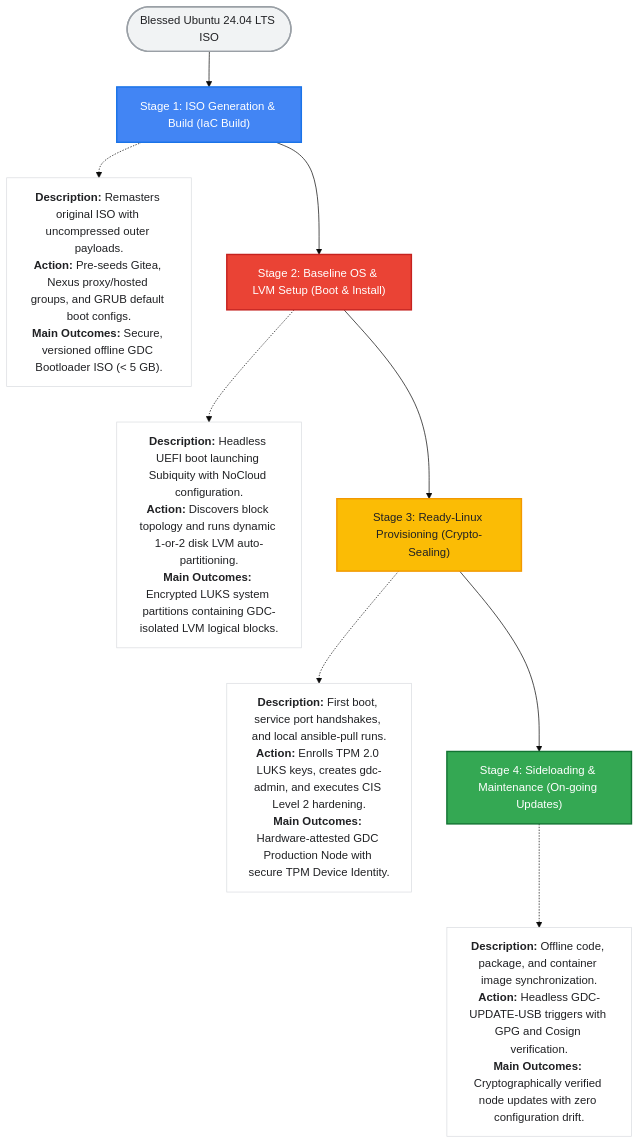
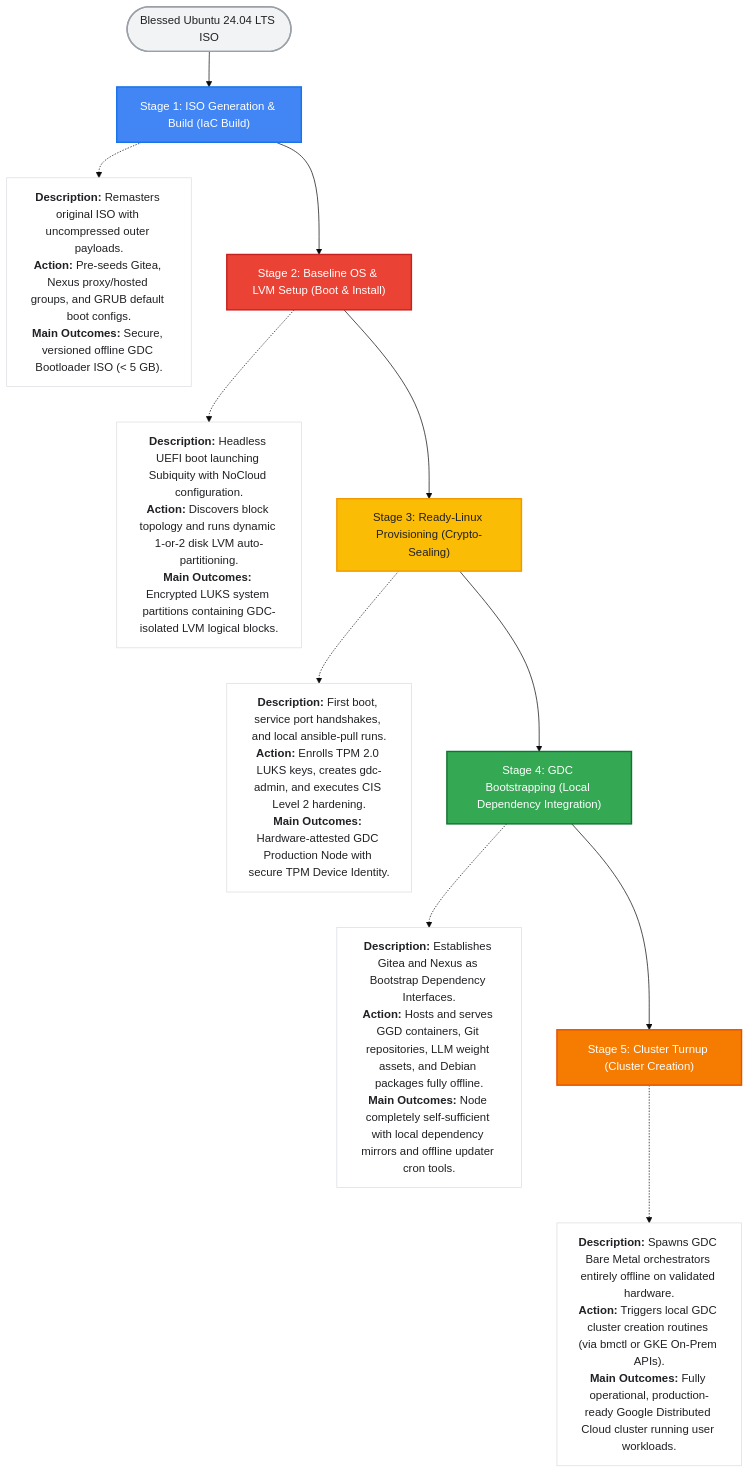
Before and after one commit to mike-ensor/gdc-disk-provisioner-gh: the diagram in README.md, drawn with Mermaid (base theme). The commit also changed 2 other files, not shown here.

Commit message:
update bootstrap specs with GDC bootstrapping dependency interfaces and cluster turnup stages

````diff
--- a/README.md
+++ b/README.md
@@ -11,45 +11,52 @@
 ```mermaid
 flowchart TD
     %% Define Google Brand Styles
     classDef start fill:#F1F3F4,stroke:#9AA0A6,stroke-width:2px,color:#202124;
     classDef blue fill:#4285F4,stroke:#1A73E8,stroke-width:2px,color:#FFFFFF;
     classDef red fill:#EA4335,stroke:#C5221F,stroke-width:2px,color:#FFFFFF;
     classDef yellow fill:#FBBC05,stroke:#F29900,stroke-width:2px,color:#202124;
     classDef green fill:#34A853,stroke:#137333,stroke-width:2px,color:#FFFFFF;
+    classDef orange fill:#F57C00,stroke:#E65100,stroke-width:2px,color:#FFFFFF;
     classDef note fill:#FFFFFF,stroke:#DADCE0,stroke-width:1px,color:#202124;
 
     %% Nodes
     Start(["Blessed Ubuntu 24.04 LTS ISO"])
     
     Stage1["Stage 1: ISO Generation & Build (IaC Build)"]
     Note1["<b>Description:</b> Remasters original ISO with uncompressed outer payloads.<br/><b>Action:</b> Pre-seeds Gitea, Nexus proxy/hosted groups, and GRUB default boot configs.<br/><b>Main Outcomes:</b> Secure, versioned offline GDC Bootloader ISO (&lt; 5 GB)."]
     
     Stage2["Stage 2: Baseline OS & LVM Setup (Boot & Install)"]
     Note2["<b>Description:</b> Headless UEFI boot launching Subiquity with NoCloud configuration.<br/><b>Action:</b> Discovers block topology and runs dynamic 1-or-2 disk LVM auto-partitioning.<br/><b>Main Outcomes:</b> Encrypted LUKS system partitions containing GDC-isolated LVM logical blocks."]
     
     Stage3["Stage 3: Ready-Linux Provisioning (Crypto-Sealing)"]
     Note3["<b>Description:</b> First boot, service port handshakes, and local ansible-pull runs.<br/><b>Action:</b> Enrolls TPM 2.0 LUKS keys, creates gdc-admin, and executes CIS Level 2 hardening.<br/><b>Main Outcomes:</b> Hardware-attested GDC Production Node with secure TPM Device Identity."]
     
-    Stage4["Stage 4: Sideloading & Maintenance (On-going Updates)"]
-    Note4["<b>Description:</b> Offline code, package, and container image synchronization.<br/><b>Action:</b> Headless GDC-UPDATE-USB triggers with GPG and Cosign verification.<br/><b>Main Outcomes:</b> Cryptographically verified node updates with zero configuration drift."]
+    Stage4["Stage 4: GDC Bootstrapping (Local Dependency Integration)"]
+    Note4["<b>Description:</b> Establishes Gitea and Nexus as Bootstrap Dependency Interfaces.<br/><b>Action:</b> Hosts and serves GGD containers, Git repositories, LLM weight assets, and Debian packages fully offline.<br/><b>Main Outcomes:</b> Node completely self-sufficient with local dependency mirrors and offline updater cron tools."]
+    
+    Stage5["Stage 5: Cluster Turnup (Cluster Creation)"]
+    Note5["<b>Description:</b> Spawns GDC Bare Metal orchestrators entirely offline on validated hardware.<br/><b>Action:</b> Triggers local GDC cluster creation routines (via bmctl or GKE On-Prem APIs).<br/><b>Main Outcomes:</b> Fully operational, production-ready Google Distributed Cloud cluster running user workloads."]
 
     %% Connections
     Start --> Stage1
     Stage1 --> Stage2
     Stage2 --> Stage3
     Stage3 --> Stage4
+    Stage4 --> Stage5
 
     %% Side-by-side Note alignments
     Stage1 -.-> Note1
     Stage2 -.-> Note2
     Stage3 -.-> Note3
     Stage4 -.-> Note4
+    Stage5 -.-> Note5
 
     %% Apply Styles
     class Start start;
     class Stage1 blue;
     class Stage2 red;
     class Stage3 yellow;
     class Stage4 green;
-    class Note1,Note2,Note3,Note4 note;
+    class Stage5 orange;
+    class Note1,Note2,Note3,Note4,Note5 note;
 ```
````
